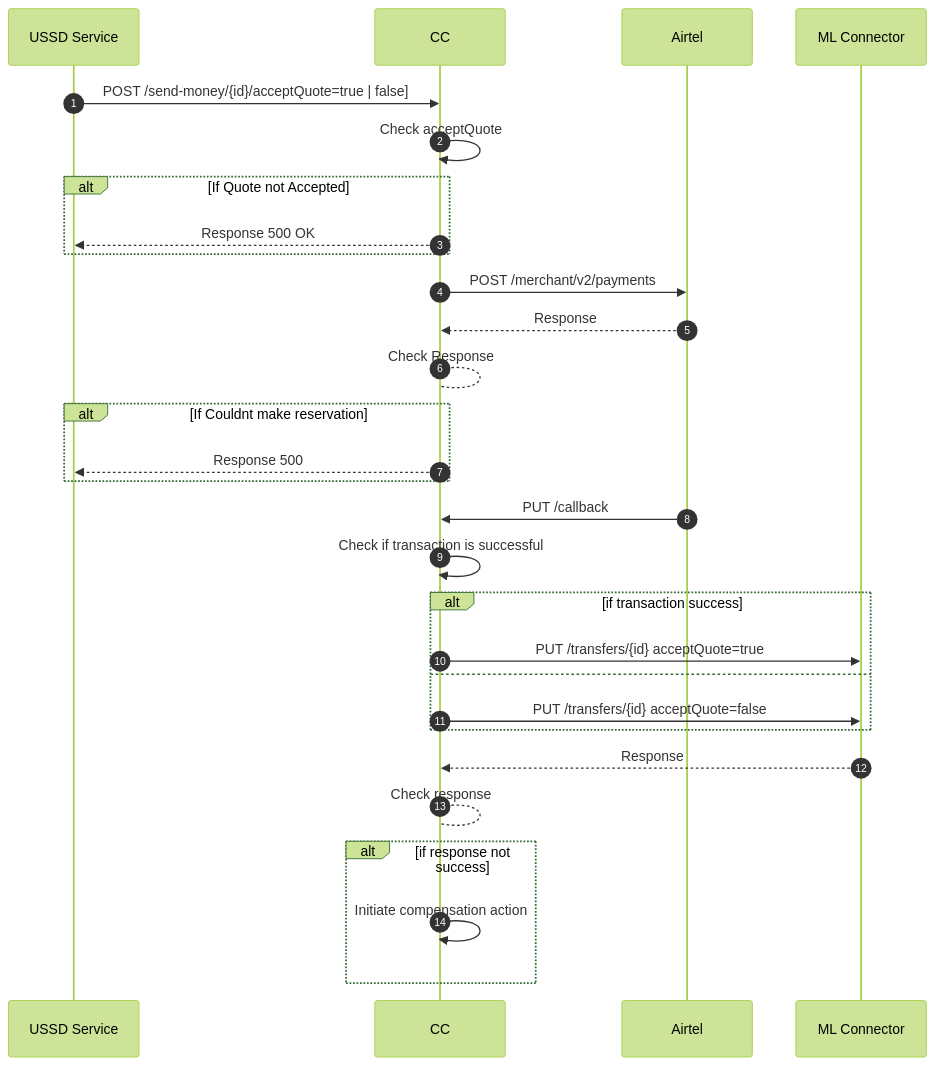
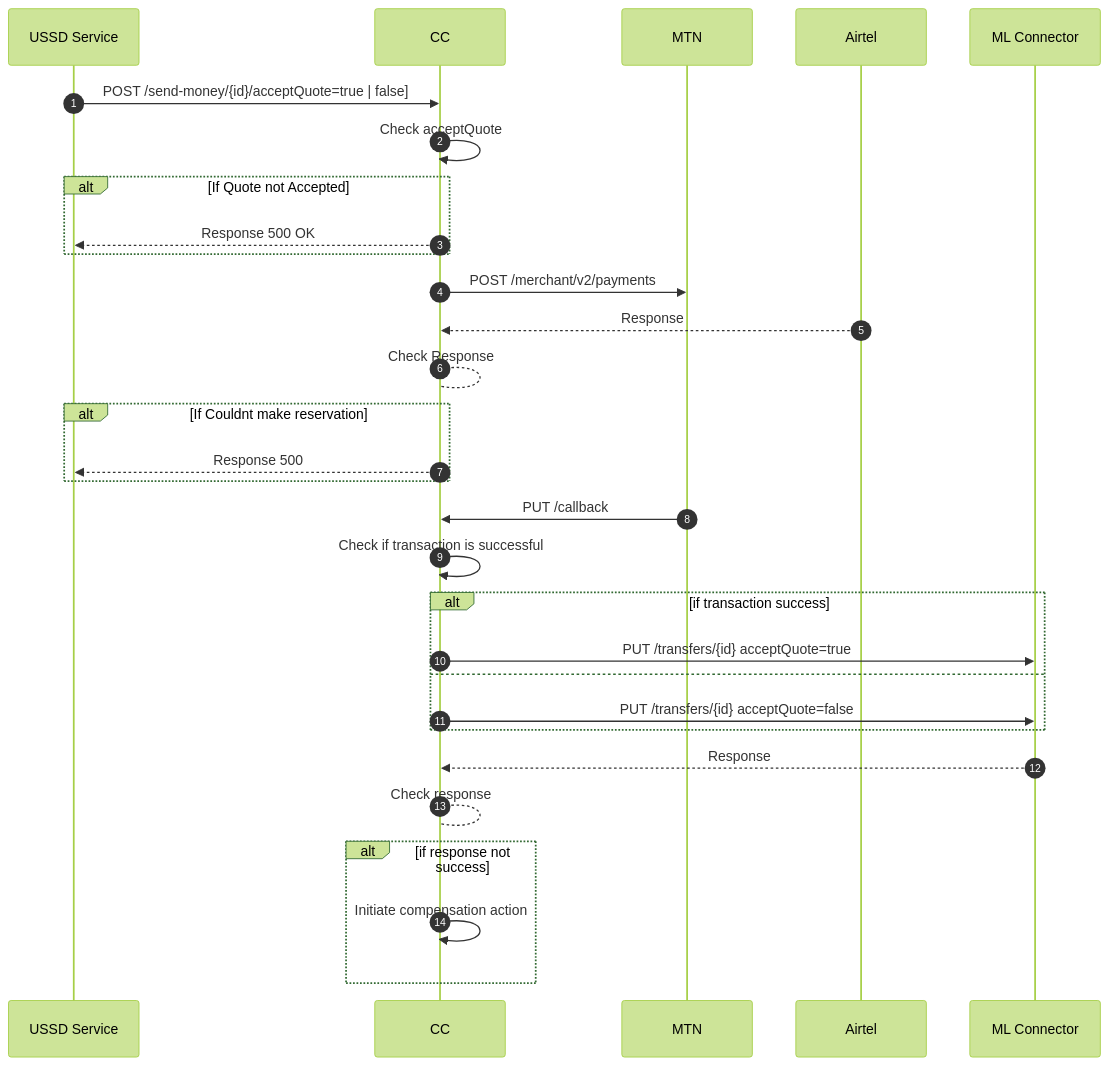
Before and after one commit to mojaloop/ml-reference-connectors: the diagram in mtn-zm-core-connector/docs/payer/payer-update-send-money.md, drawn with Mermaid (forest theme). The commit also changed 12 other files, not shown here.

````diff
--- a/mtn-zm-core-connector/docs/payer/payer-update-send-money.md
+++ b/mtn-zm-core-connector/docs/payer/payer-update-send-money.md
@@ -13,27 +13,27 @@
 ```mermaid
 sequenceDiagram
   autoNumber
   USSD Service->>CC: POST /send-money/{id}/acceptQuote=true | false]
   CC->>CC: Check acceptQuote
   Alt If Quote not Accepted
   CC-->>USSD Service: Response 500 OK
   End
-  CC->>Airtel:POST /merchant/v2/payments
+  CC->>MTN:POST /merchant/v2/payments
   Airtel-->>CC:Response
   CC-->CC: Check Response
   Alt If Couldnt make reservation
   CC-->>USSD Service: Response 500
   End
-  Airtel->>CC: PUT /callback
+  MTN->>CC: PUT /callback
   CC ->> CC: Check if transaction is successful
   Alt if transaction success
   CC ->> ML Connector: PUT /transfers/{id} acceptQuote=true
   Else
   CC ->> ML Connector: PUT /transfers/{id} acceptQuote=false
   End
   ML Connector -->> CC: Response
   CC --> CC: Check response
   Alt if response not success
   CC ->> CC: Initiate compensation action
   End
 ```
````
